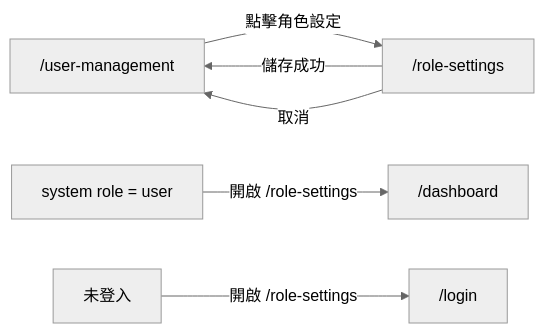
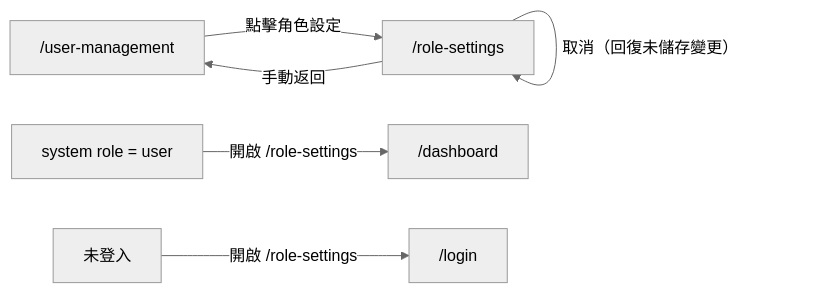
Before and after one commit to singyichen/label-suite: the second of 2 diagrams in specs/admin/007-role-settings/spec.md, drawn with Mermaid (neutral theme). The commit also changed other lines of this file and 3 other files, not shown here.

````diff
--- a/specs/admin/007-role-settings/spec.md
+++ b/specs/admin/007-role-settings/spec.md
@@ -159,8 +236,8 @@
 ```mermaid
 flowchart LR
     um["/user-management"] -->|點擊角色設定| rs["/role-settings"]
-    rs -->|儲存成功| um
-    rs -->|取消| um
+    rs -->|手動返回| um
+    rs -->|取消（回復未儲存變更）| rs
     userBlocked["system role = user"] -->|開啟 /role-settings| dashboard["/dashboard"]
     guestBlocked["未登入"] -->|開啟 /role-settings| login["/login"]
 ```
````
